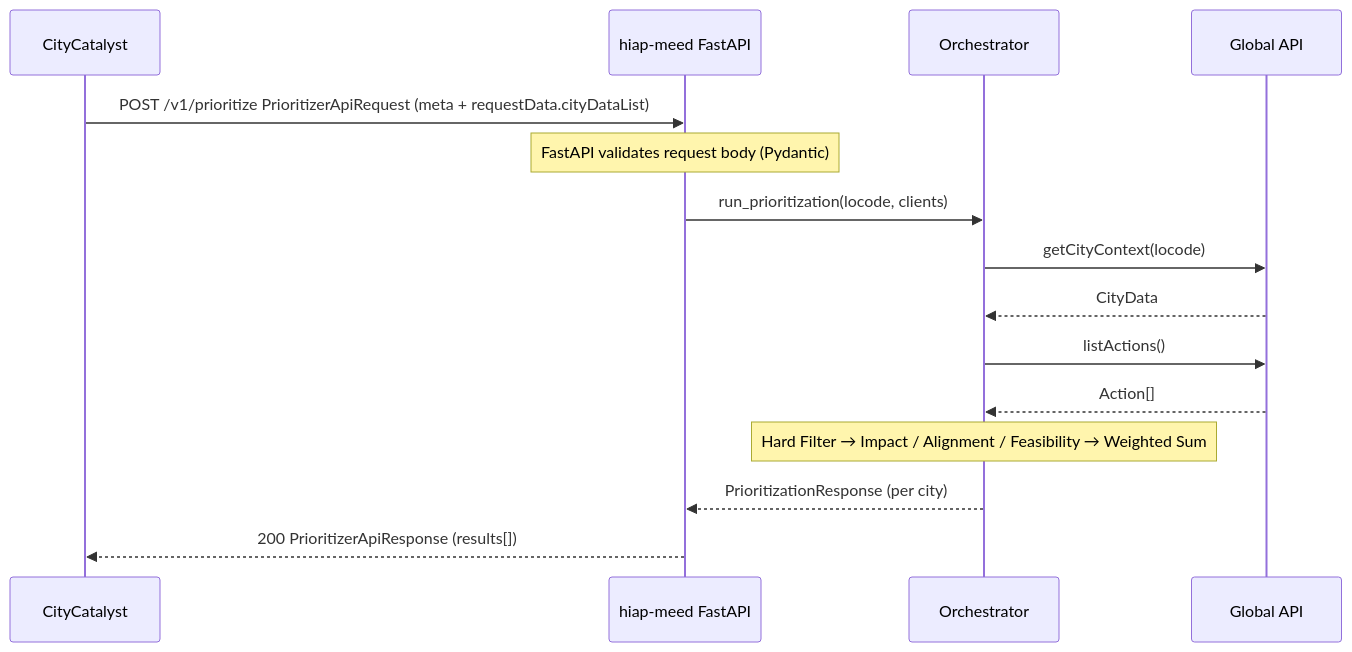
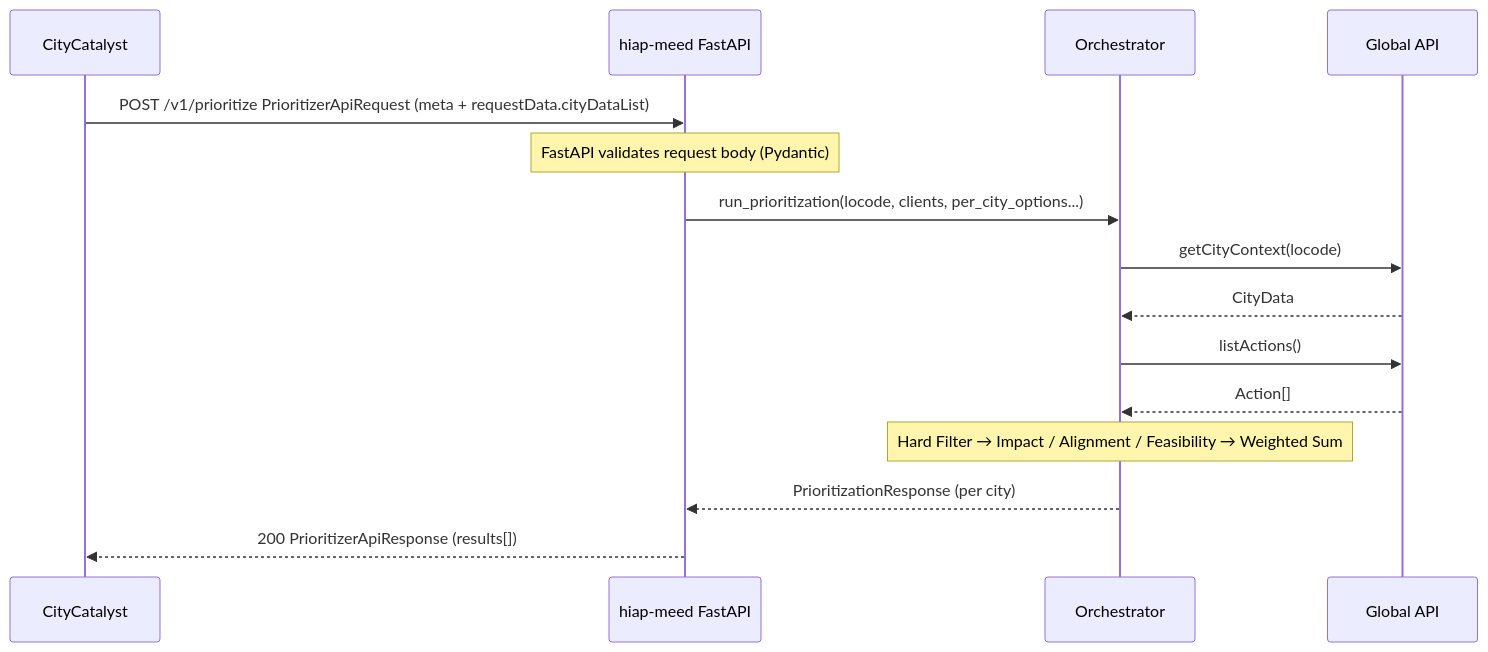
The second of 2 diagrams in hiap-meed/docs/service-architecture.md (Open-Earth-Foundation/CityCatalyst), drawn with Mermaid before and after one commit. The commit also changed other lines of this file, not shown here.

````diff
--- a/hiap-meed/docs/service-architecture.md
+++ b/hiap-meed/docs/service-architecture.md
@@ -81,18 +81,18 @@
 ```mermaid
 sequenceDiagram
     participant CC as CityCatalyst
     participant API as hiap-meed FastAPI
     participant Orch as Orchestrator
     participant GlobalAPI as Global API
 
     CC->>API: POST /v1/prioritize PrioritizerApiRequest (meta + requestData.cityDataList)
     Note over API: FastAPI validates request body (Pydantic)
-    API->>Orch: run_prioritization(locode, clients)
+    API->>Orch: run_prioritization(locode, clients, per_city_options...)
     Orch->>GlobalAPI: getCityContext(locode)
     GlobalAPI-->>Orch: CityData
     Orch->>GlobalAPI: listActions()
     GlobalAPI-->>Orch: Action[]
     Note over Orch: Hard Filter → Impact / Alignment / Feasibility → Weighted Sum
     Orch-->>API: PrioritizationResponse (per city)
     API-->>CC: 200 PrioritizerApiResponse (results[])
 ```
````
